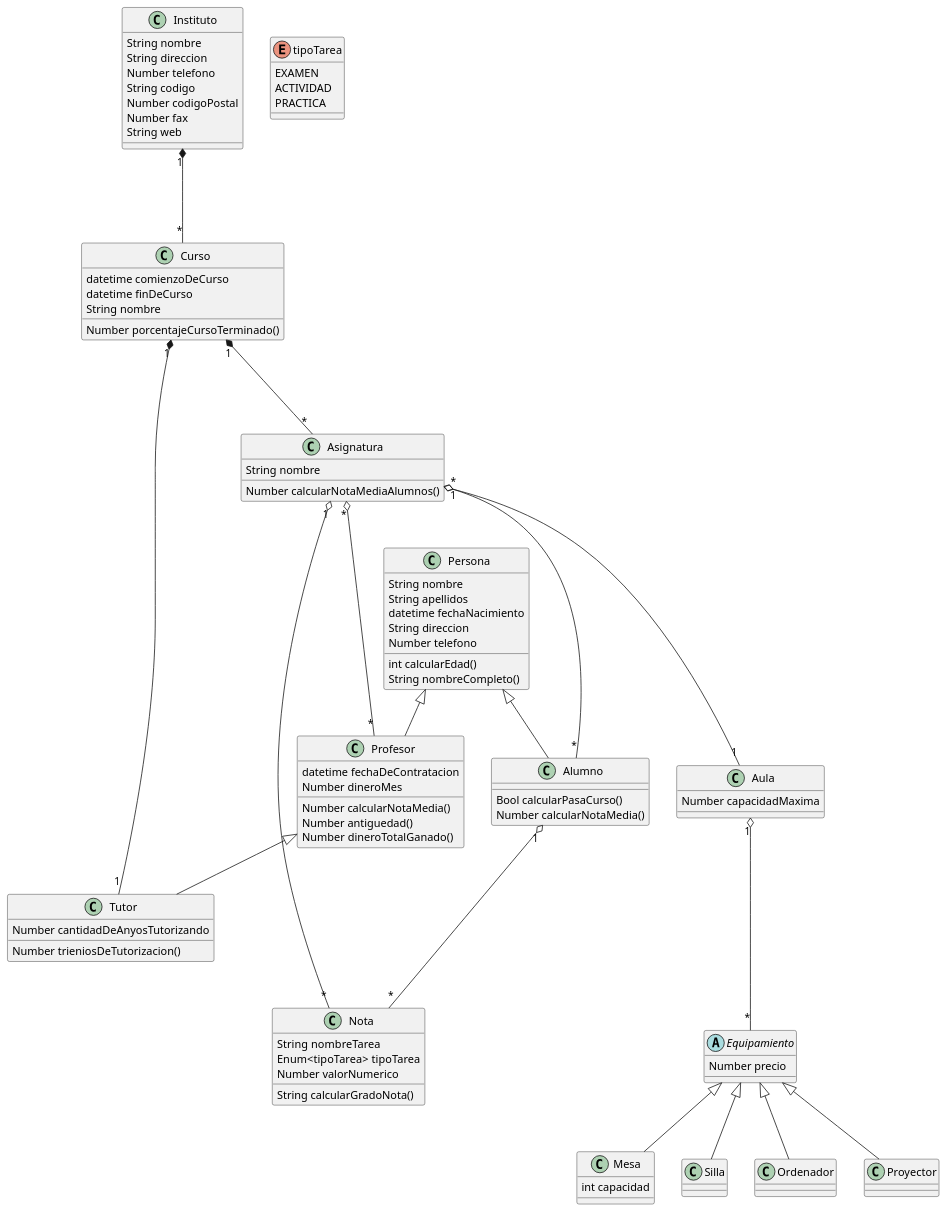
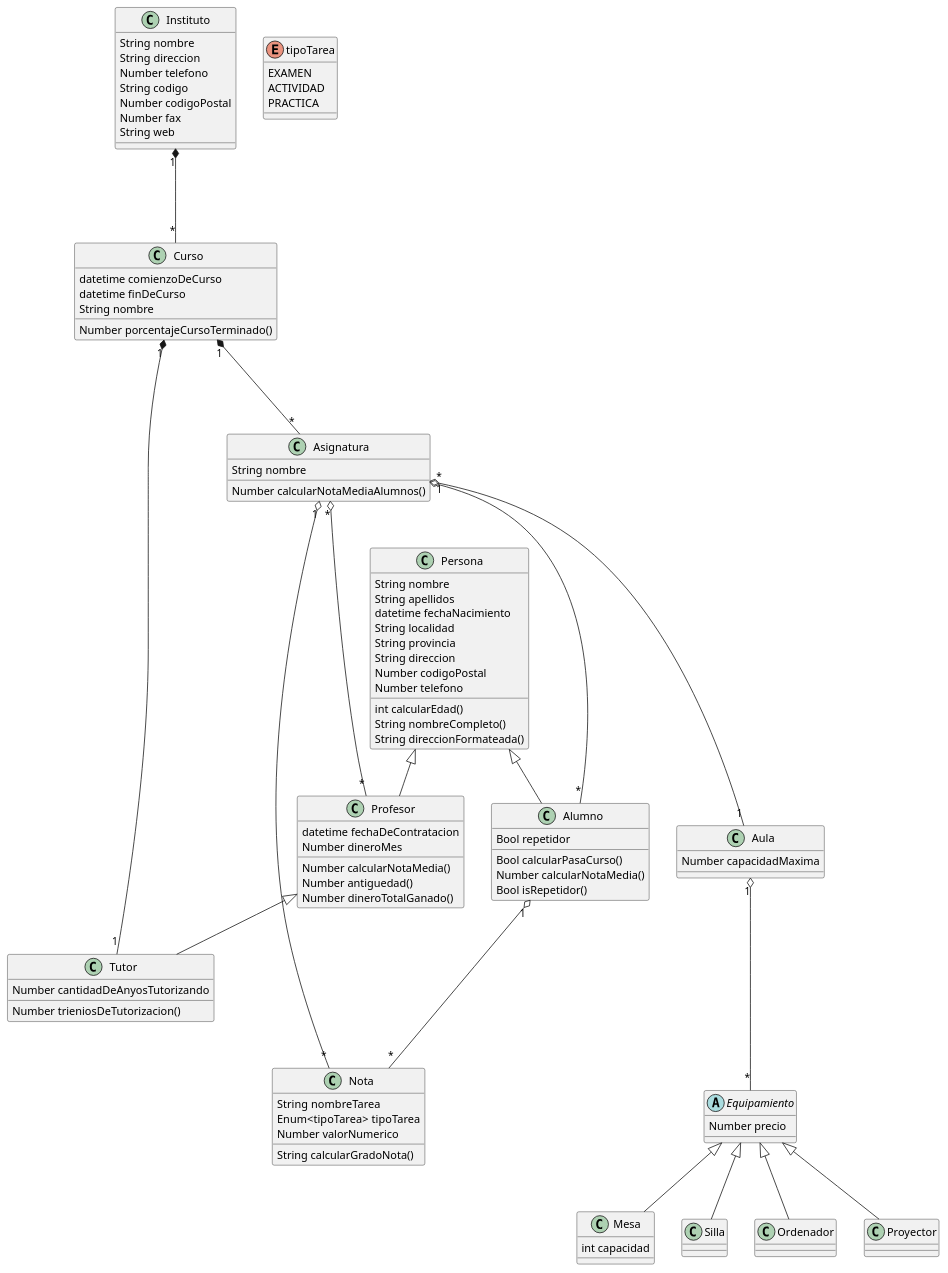
The diagram in uml/DiagramaClases.puml (manelme/alandalus_pyc2), drawn with PlantUML before and after one commit.

```diff
--- a/uml/DiagramaClases.puml
+++ b/uml/DiagramaClases.puml
@@ -1,89 +1,95 @@
 @startuml DiagramaClases
 
 Instituto "1" *--- "*" Curso
 Curso "1" *--- "*" Asignatura
 Curso  "1" *--- "1" Tutor
 Asignatura "*" o--- "*" Profesor
 Asignatura "*" o--- "*" Alumno
 Asignatura "1" o--- "1" Aula
 Aula "1" o--- "*" Equipamiento
 Alumno "1" o--- "*" Nota
 Asignatura "1" o--- "*" Nota
 
 Persona <|-- Profesor
 Persona <|-- Alumno
 Profesor <|-- Tutor
 Equipamiento <|-- Mesa
 Equipamiento <|-- Silla
 Equipamiento <|-- Ordenador
 Equipamiento <|-- Proyector
 
 
 class Persona {
     String nombre
     String apellidos
     datetime fechaNacimiento
+    String localidad
+    String provincia
     String direccion
+    Number codigoPostal
     Number telefono
     int calcularEdad()
     String nombreCompleto()
+    String direccionFormateada()
 }
 class Alumno {
+    Bool repetidor
     Bool calcularPasaCurso()
     Number calcularNotaMedia()
+    Bool isRepetidor()
 }
 class Profesor {
     datetime fechaDeContratacion
     Number dineroMes
     Number calcularNotaMedia()
     Number antiguedad()
     Number dineroTotalGanado()
 }
 class Tutor {
     Number cantidadDeAnyosTutorizando
     Number trieniosDeTutorizacion()
 }
 class Instituto {
     String nombre
     String direccion
     Number telefono
     String codigo
     Number codigoPostal
     Number fax
     String web
 }
 class Asignatura {
     String nombre
     Number calcularNotaMediaAlumnos()
 }
 class Curso {
     datetime comienzoDeCurso
     datetime finDeCurso
     String nombre
     Number porcentajeCursoTerminado()
 }
 class Aula {
     Number capacidadMaxima
     
 }
 class Nota {
     String nombreTarea
     Enum<tipoTarea> tipoTarea
     Number valorNumerico
     String calcularGradoNota()
 }
 enum tipoTarea {
   EXAMEN
   ACTIVIDAD
   PRACTICA
 }
 abstract Equipamiento {
     Number precio
 }
 class Mesa{
     int capacidad
 }
 class Silla{
 
 }
 @enduml
```
